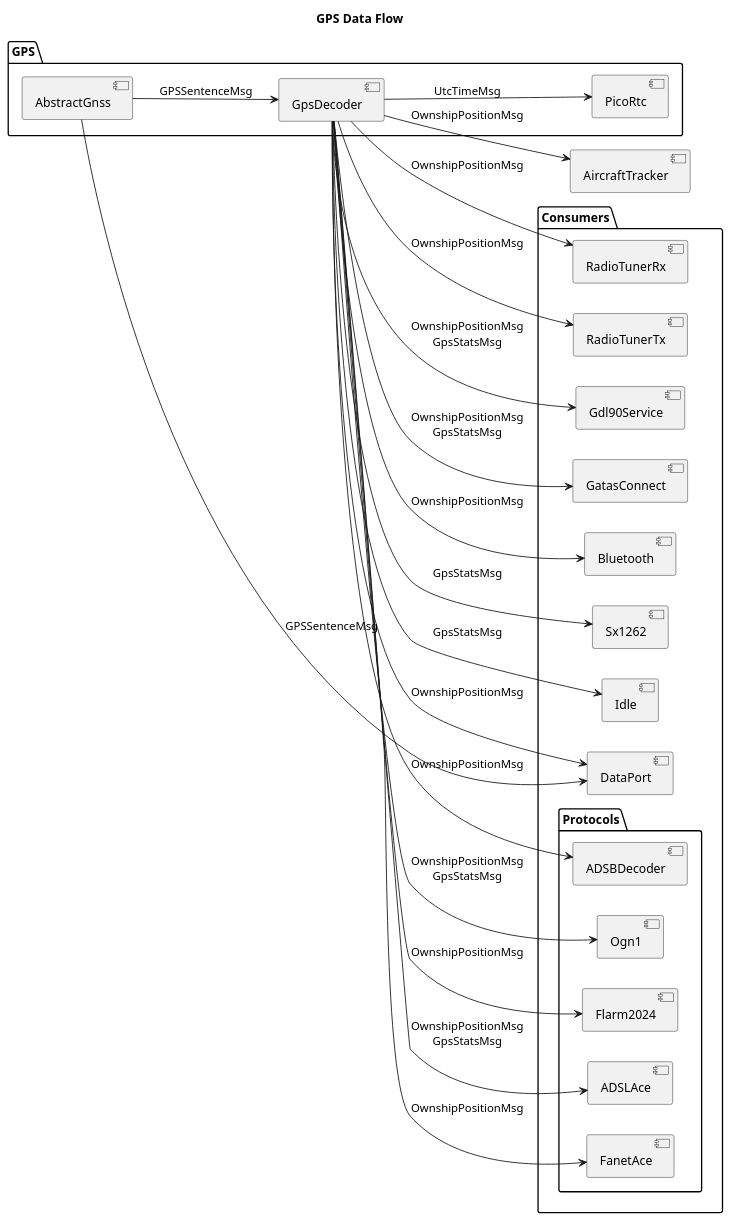
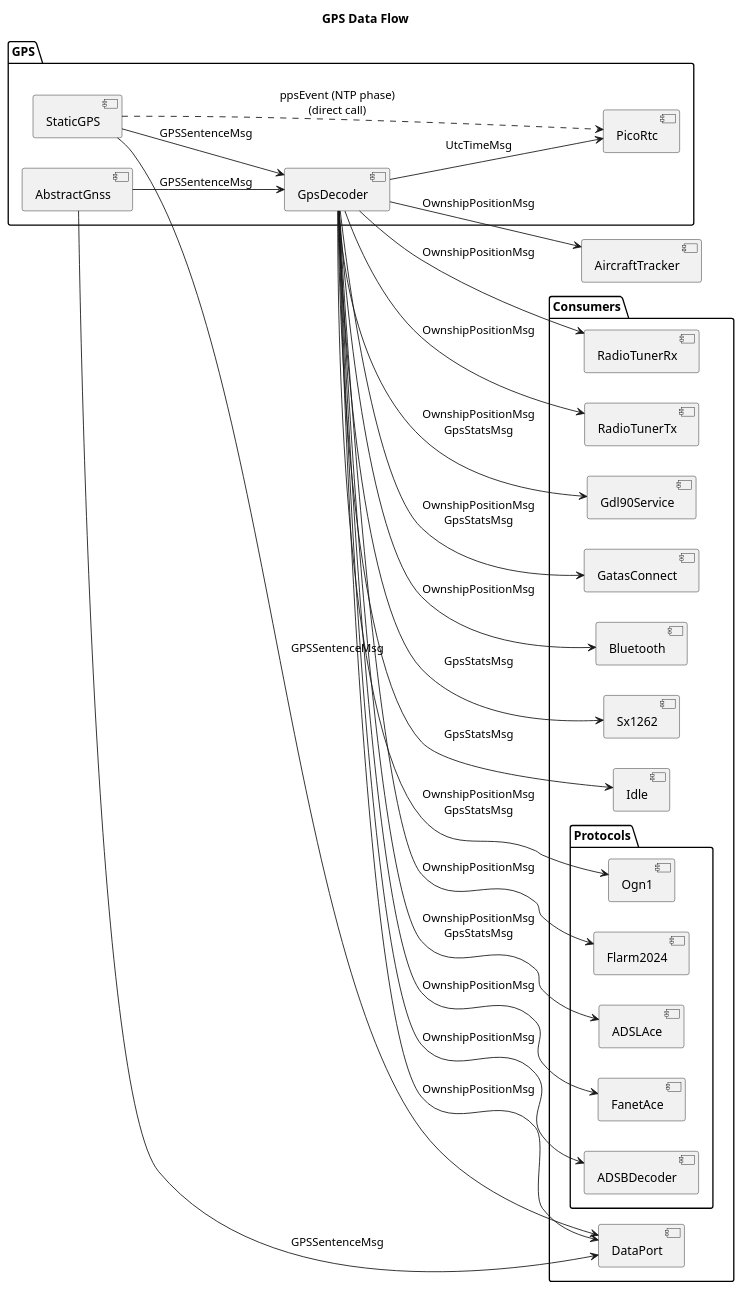
Before and after one commit to Duke306/openace: the second of 7 diagrams in doc/message-bus.md, drawn with PlantUML. The commit also changed other lines of this file and 14 other files, not shown here.

Commit message:
Static GPS option

````diff
--- a/doc/message-bus.md
+++ b/doc/message-bus.md
@@ -121,55 +124,59 @@
 ```plantuml
 ' =====================================================================
 ' GPS DATA FLOW
 ' =====================================================================
 @startuml
 title GPS Data Flow
 
 left to right direction
 
 package "GPS" {
     [AbstractGnss]
+    [StaticGPS]
     [GpsDecoder]
     [PicoRtc]
 }
 
 package "Consumers" {
     package "Protocols" {
         [Ogn1]
         [Flarm2024]
         [ADSLAce]
         [FanetAce]
         [ADSBDecoder]
     }
     [RadioTunerRx]
     [RadioTunerTx]
     [Gdl90Service]
     [DataPort]
     [GatasConnect]
     [Bluetooth]
     [Sx1262]
     [Idle]
 }
 
 [AbstractGnss] --> [GpsDecoder] : GPSSentenceMsg
+[StaticGPS] --> [GpsDecoder] : GPSSentenceMsg
+[StaticGPS] ..> [PicoRtc] : ppsEvent (NTP phase)\n(direct call)
 [GpsDecoder] --> [Ogn1] : OwnshipPositionMsg\nGpsStatsMsg
 [GpsDecoder] --> [Flarm2024] : OwnshipPositionMsg
 [GpsDecoder] --> [ADSLAce] : OwnshipPositionMsg\nGpsStatsMsg
 [GpsDecoder] --> [FanetAce] : OwnshipPositionMsg
 [GpsDecoder] --> [ADSBDecoder] : OwnshipPositionMsg
 [GpsDecoder] --> [AircraftTracker] : OwnshipPositionMsg
 [GpsDecoder] --> [RadioTunerRx] : OwnshipPositionMsg
 [GpsDecoder] --> [RadioTunerTx] : OwnshipPositionMsg
 [GpsDecoder] --> [Gdl90Service] : OwnshipPositionMsg\nGpsStatsMsg
 [GpsDecoder] --> [DataPort] : OwnshipPositionMsg
 [GpsDecoder] --> [GatasConnect] : OwnshipPositionMsg\nGpsStatsMsg
 [GpsDecoder] --> [Bluetooth] : OwnshipPositionMsg
 [GpsDecoder] --> [Sx1262] : GpsStatsMsg
 [GpsDecoder] --> [Idle] : GpsStatsMsg
 
 [GpsDecoder] --> [PicoRtc] : UtcTimeMsg
 
 [AbstractGnss] --> [DataPort] : GPSSentenceMsg
+[StaticGPS] --> [DataPort] : GPSSentenceMsg
 
 @enduml
 ```
````
